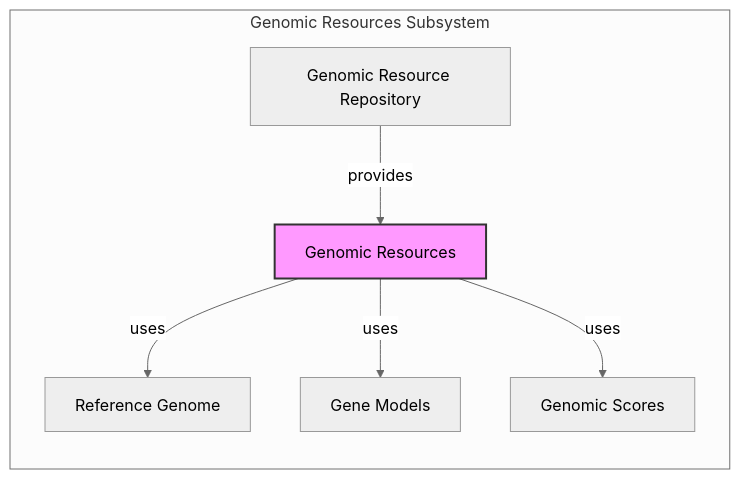
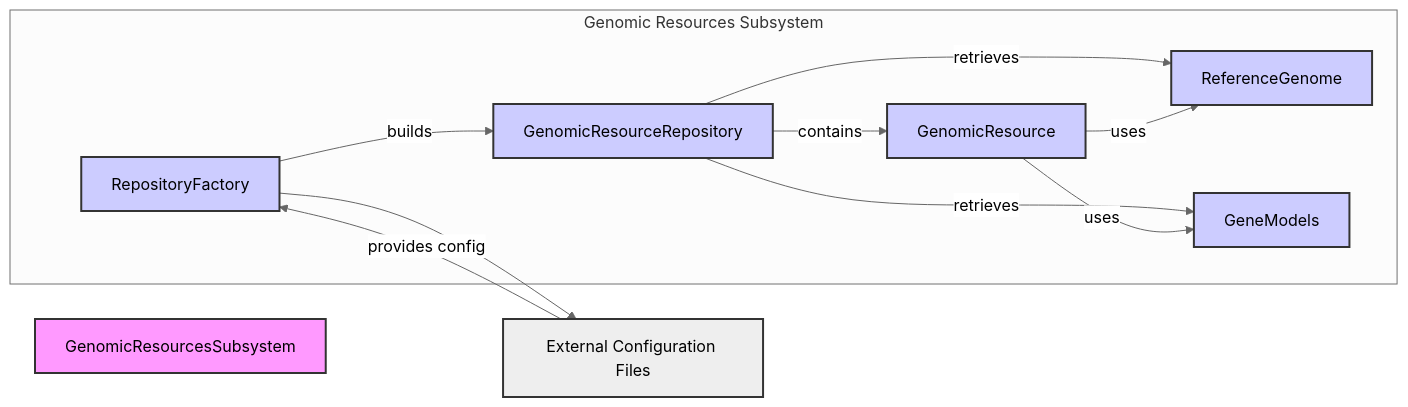
One commit to CodeBoarding/GeneratedOnBoardings changed the diagram in gpf/Genomic Resources.md. Above: the diagram before and after it, drawn with Mermaid (neutral theme). The commit also changed other lines of this file and 10 other files, not shown here.

````diff
--- a/gpf/Genomic Resources.md
+++ b/gpf/Genomic Resources.md
@@ -1,17 +7,24 @@
 ```mermaid
 graph LR
-    GRR[Genomic Resource Repository] -- provides --> GR[Genomic Resources]
-    GR -- uses --> RG[Reference Genome]
-    GR -- uses --> GM[Gene Models]
-    GR -- uses --> GS[Genomic Scores]
-
     subgraph Genomic Resources Subsystem
-    GRR
-    GR
-    RG
-    GM
-    GS
+        RepositoryFactory -- builds --> GenomicResourceRepository
+        GenomicResourceRepository -- contains --> GenomicResource
+        GenomicResourceRepository -- retrieves --> ReferenceGenome
+        GenomicResourceRepository -- retrieves --> GeneModels
+        GenomicResource -- uses --> ReferenceGenome
+        GenomicResource -- uses --> GeneModels
     end
 
-    style GR fill:#f9f,stroke:#333,stroke-width:2px
+    RepositoryFactory --> ExternalConfig[External Configuration Files]
+    ExternalConfig -- provides config --> RepositoryFactory
+
+    style GenomicResourcesSubsystem fill:#f9f,stroke:#333,stroke-width:2px
+
+    classDef internal fill:#ccf,stroke:#333,stroke-width:2px
+    classDef external fill:#eee,stroke:#333,stroke-width:2px
+
+    class RepositoryFactory,GenomicResourceRepository,GenomicResource,ReferenceGenome,GeneModels internal
+    class ExternalConfig external
+
+
 ```
````
